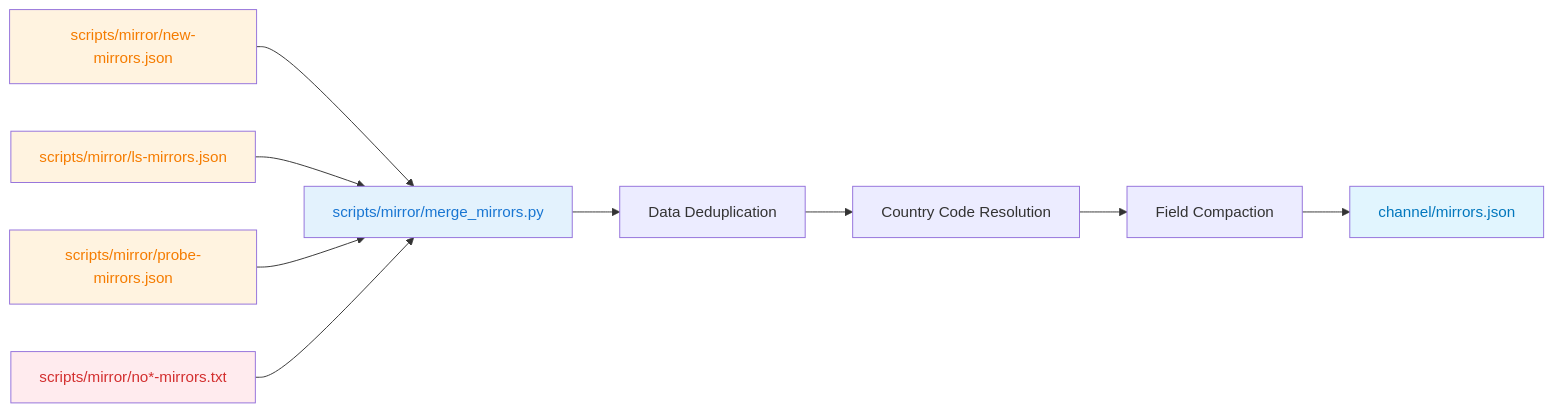
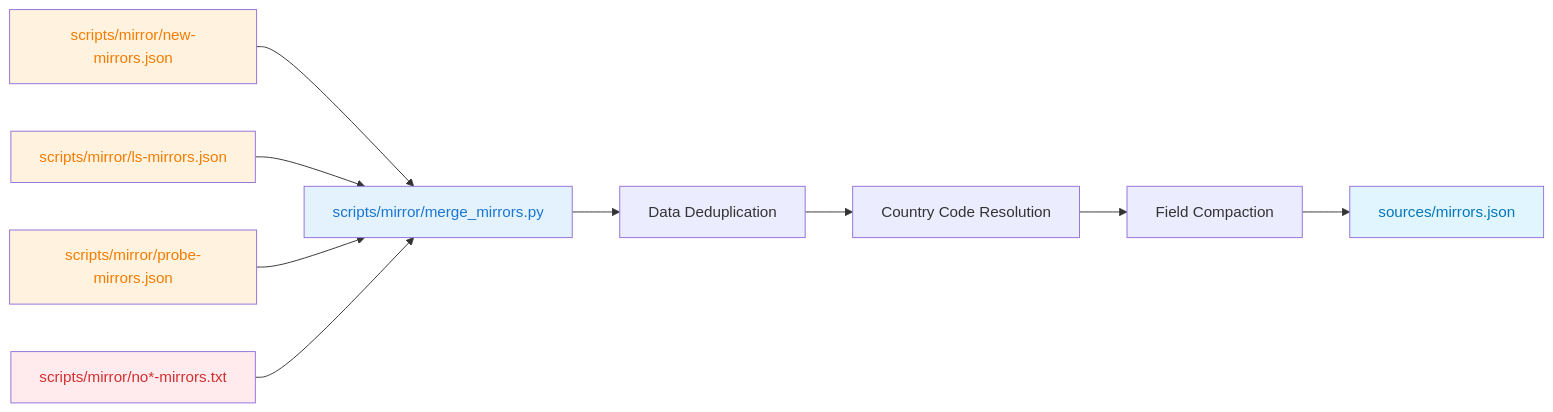
The fifth of 6 diagrams in scripts/mirror/usage.md (xiaobingling93-pixel/openeuler-epkg), drawn with Mermaid before and after one commit. The commit also changed other lines of this file and 49 other files, not shown here.

Commit message:
Rename channel/ to sources/

````diff
--- a/scripts/mirror/usage.md
+++ b/scripts/mirror/usage.md
@@ -231,19 +231,19 @@
 ```mermaid
 graph LR
     A[scripts/mirror/new-mirrors.json] --> F[scripts/mirror/merge_mirrors.py]
     B[scripts/mirror/ls-mirrors.json] --> F
     C[scripts/mirror/probe-mirrors.json] --> F
     E[scripts/mirror/no*-mirrors.txt] --> F
 
     F --> G[Data Deduplication]
     G --> H[Country Code Resolution]
     H --> I[Field Compaction]
-    I --> J[channel/mirrors.json]
+    I --> J[sources/mirrors.json]
 
     style F fill:#e3f2fd,color:#1976d2
     style A fill:#fff3e0,color:#f57c00
     style B fill:#fff3e0,color:#f57c00
     style C fill:#fff3e0,color:#f57c00
     style E fill:#ffebee,color:#d32f2f
     style J fill:#e1f5fe,color:#0277bd
 ```
````
